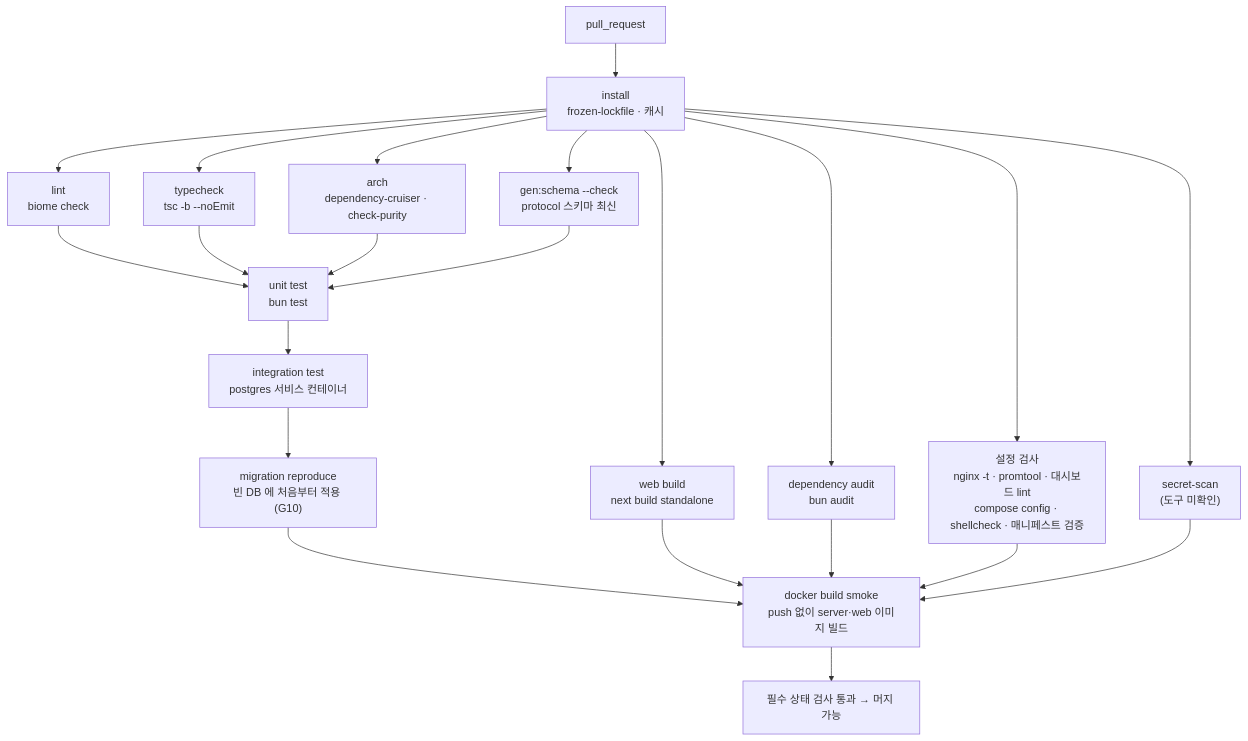
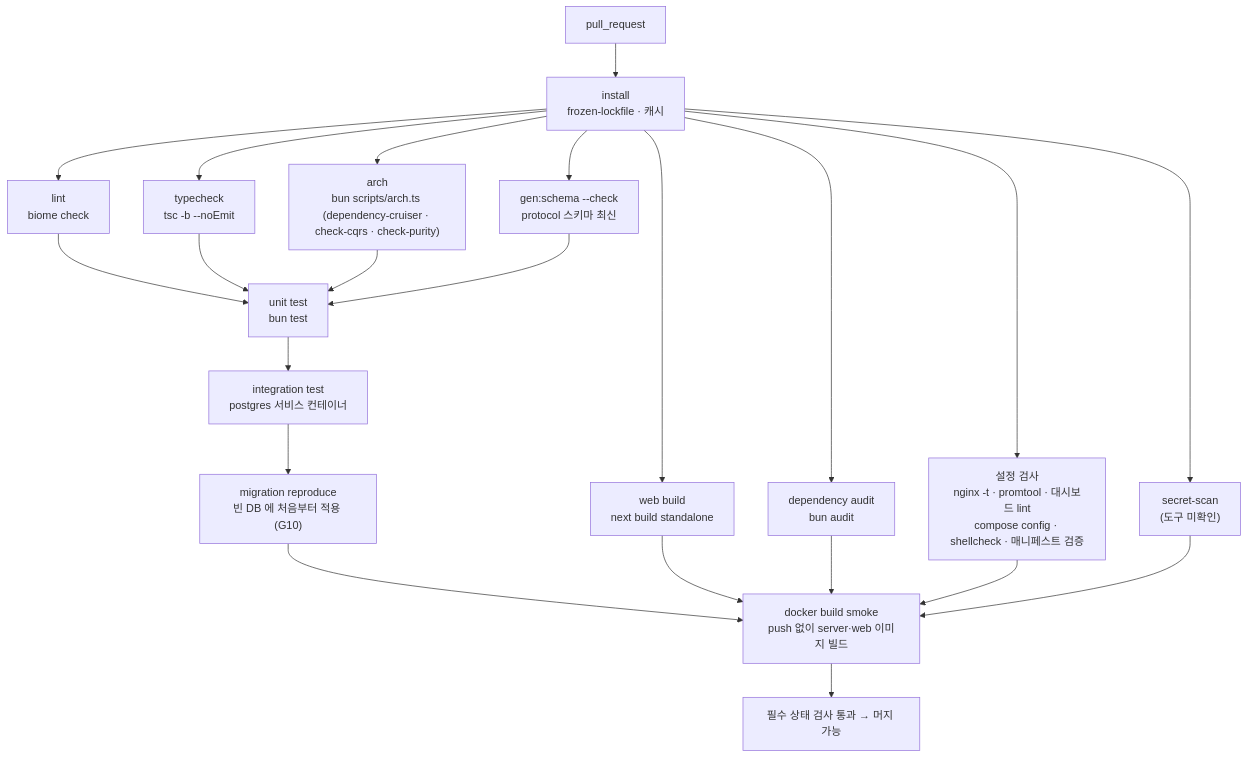
The second of 4 diagrams in docs/design/09-ci-cd.md (1985jwlee/portpolio_backend), drawn with Mermaid before and after one commit. The commit also changed 123 other files, not shown here.

First line of the commit message:
feat: S1-5 경계 검사(arch)를 추가한다 — dependency-cruiser(swc)·check-cqrs·check-purity

````diff
--- a/docs/design/09-ci-cd.md
+++ b/docs/design/09-ci-cd.md
@@ -48,17 +48,17 @@
 ```mermaid
 flowchart TD
     T["pull_request"] --> I["install<br/>frozen-lockfile · 캐시"]
     I --> L["lint<br/>biome check"]
     I --> TC["typecheck<br/>tsc -b --noEmit"]
-    I --> AR["arch<br/>dependency-cruiser · check-purity"]
+    I --> AR["arch<br/>bun scripts/arch.ts (dependency-cruiser · check-cqrs · check-purity)"]
     I --> GS["gen:schema --check<br/>protocol 스키마 최신"]
     L & TC & AR & GS --> U["unit test<br/>bun test"]
     U --> INT["integration test<br/>postgres 서비스 컨테이너"]
     INT --> MIG["migration reproduce<br/>빈 DB 에 처음부터 적용 (G10)"]
     I --> AUD["dependency audit<br/>bun audit"]
     I --> SS["secret-scan<br/>(도구 미확인)"]
     I --> WB["web build<br/>next build standalone"]
     I --> CFG["설정 검사<br/>nginx -t · promtool · 대시보드 lint<br/>compose config · shellcheck · 매니페스트 검증"]
     MIG & WB & AUD & CFG & SS --> DB["docker build smoke<br/>push 없이 server·web 이미지 빌드"]
     DB --> OK["필수 상태 검사 통과 → 머지 가능"]
 ```
````
